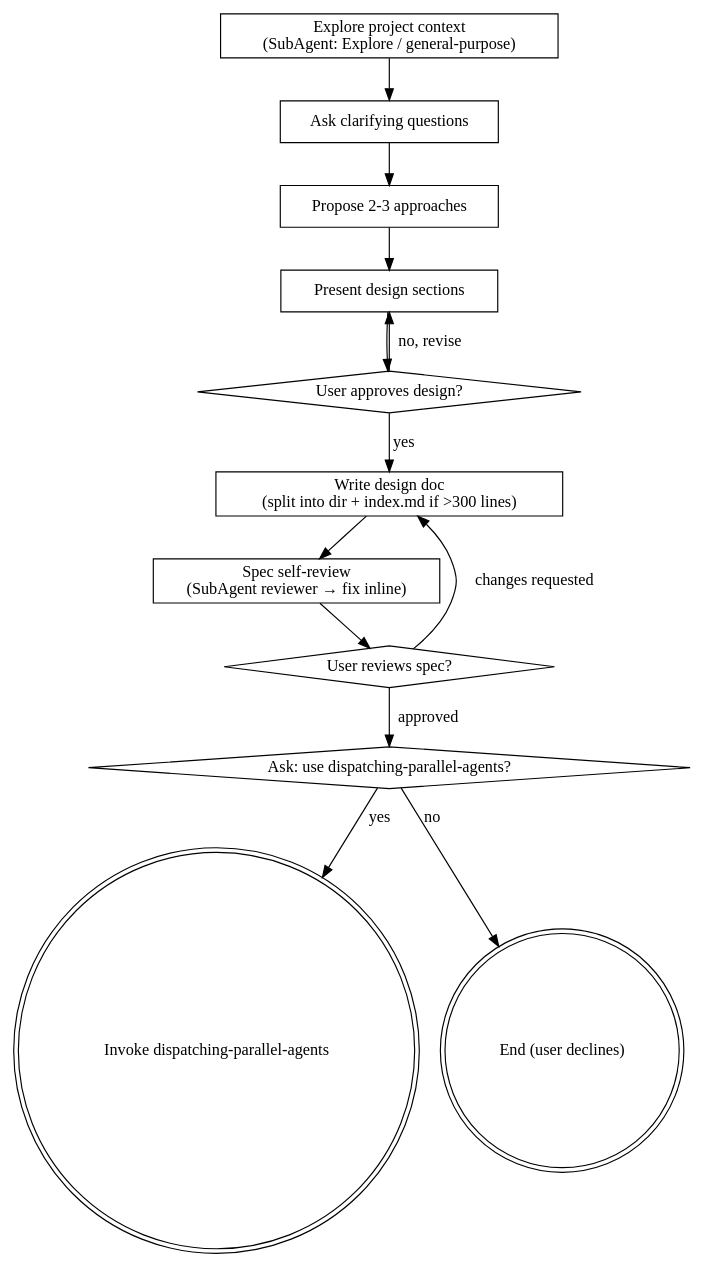
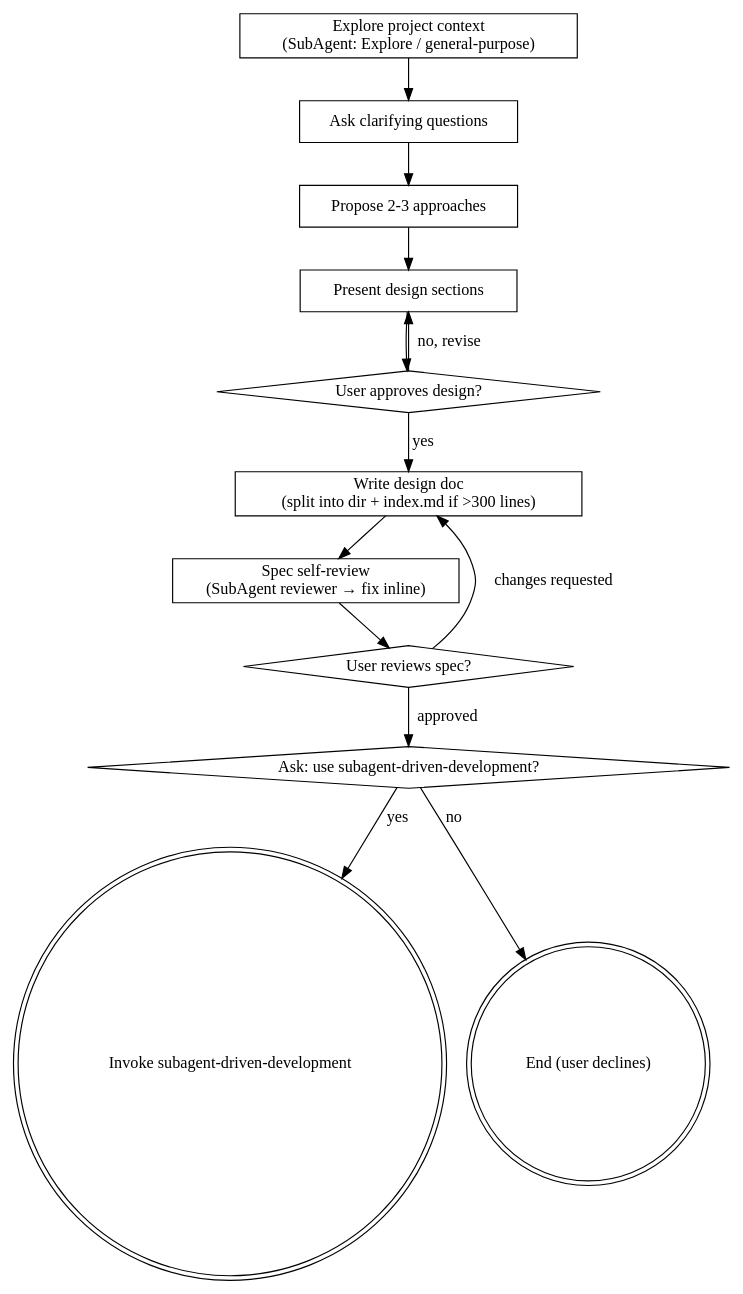
The diagram in .claude/skills/brainstorming/SKILL.md (dark789g-ux/cryptotrading), drawn with Graphviz before and after one commit. The commit also changed other lines of this file, not shown here.

First line of the commit message:
docs(skill): brainstorming 收尾交接由 dispatching-parallel-agents 改为 subagent-driven-development

````diff
--- a/.claude/skills/brainstorming/SKILL.md
+++ b/.claude/skills/brainstorming/SKILL.md
@@ -35,28 +35,28 @@
 ```dot
 digraph brainstorming {
     "Explore project context\n(SubAgent: Explore / general-purpose)" [shape=box];
     "Ask clarifying questions" [shape=box];
     "Propose 2-3 approaches" [shape=box];
     "Present design sections" [shape=box];
     "User approves design?" [shape=diamond];
     "Write design doc\n(split into dir + index.md if >300 lines)" [shape=box];
     "Spec self-review\n(SubAgent reviewer → fix inline)" [shape=box];
     "User reviews spec?" [shape=diamond];
-    "Ask: use dispatching-parallel-agents?" [shape=diamond];
-    "Invoke dispatching-parallel-agents" [shape=doublecircle];
+    "Ask: use subagent-driven-development?" [shape=diamond];
+    "Invoke subagent-driven-development" [shape=doublecircle];
     "End (user declines)" [shape=doublecircle];
 
     "Explore project context\n(SubAgent: Explore / general-purpose)" -> "Ask clarifying questions";
     "Ask clarifying questions" -> "Propose 2-3 approaches";
     "Propose 2-3 approaches" -> "Present design sections";
     "Present design sections" -> "User approves design?";
     "User approves design?" -> "Present design sections" [label="no, revise"];
     "User approves design?" -> "Write design doc\n(split into dir + index.md if >300 lines)" [label="yes"];
     "Write design doc\n(split into dir + index.md if >300 lines)" -> "Spec self-review\n(SubAgent reviewer → fix inline)";
     "Spec self-review\n(SubAgent reviewer → fix inline)" -> "User reviews spec?";
     "User reviews spec?" -> "Write design doc\n(split into dir + index.md if >300 lines)" [label="changes requested"];
-    "User reviews spec?" -> "Ask: use dispatching-parallel-agents?" [label="approved"];
-    "Ask: use dispatching-parallel-agents?" -> "Invoke dispatching-parallel-agents" [label="yes"];
-    "Ask: use dispatching-parallel-agents?" -> "End (user declines)" [label="no"];
+    "User reviews spec?" -> "Ask: use subagent-driven-development?" [label="approved"];
+    "Ask: use subagent-driven-development?" -> "Invoke subagent-driven-development" [label="yes"];
+    "Ask: use subagent-driven-development?" -> "End (user declines)" [label="no"];
 }
 ```
````
